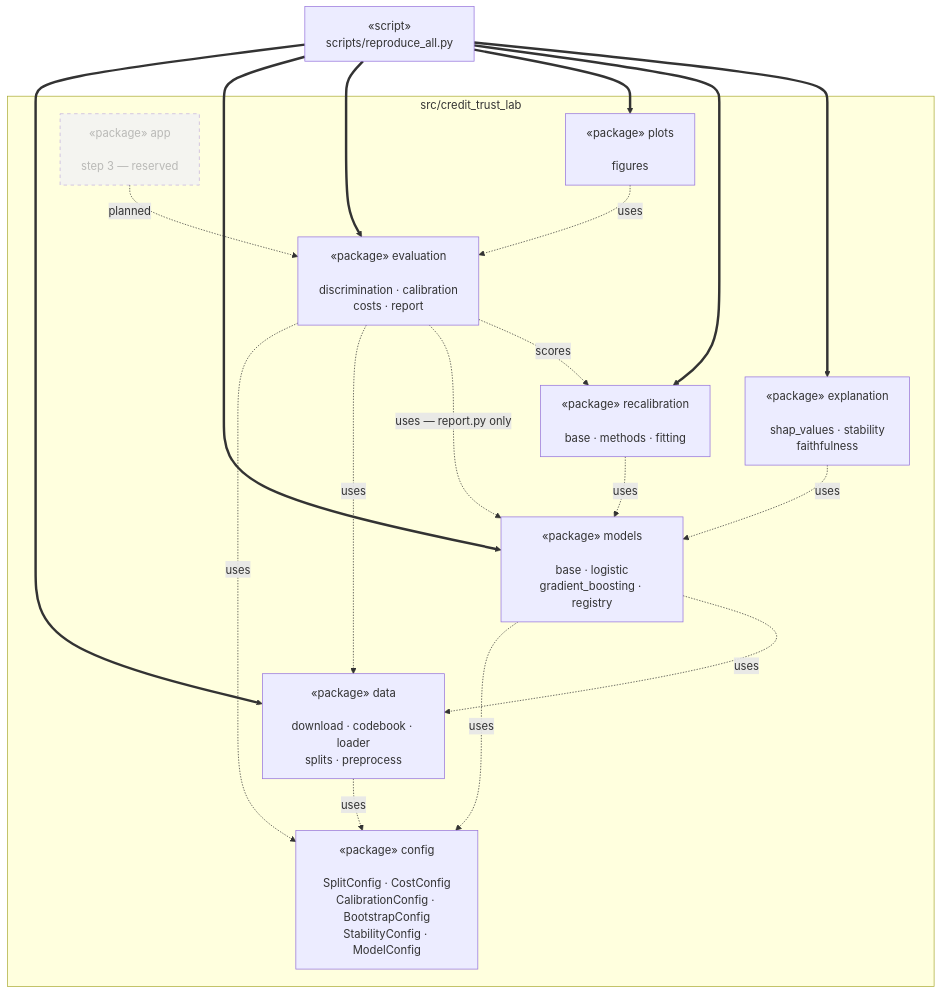
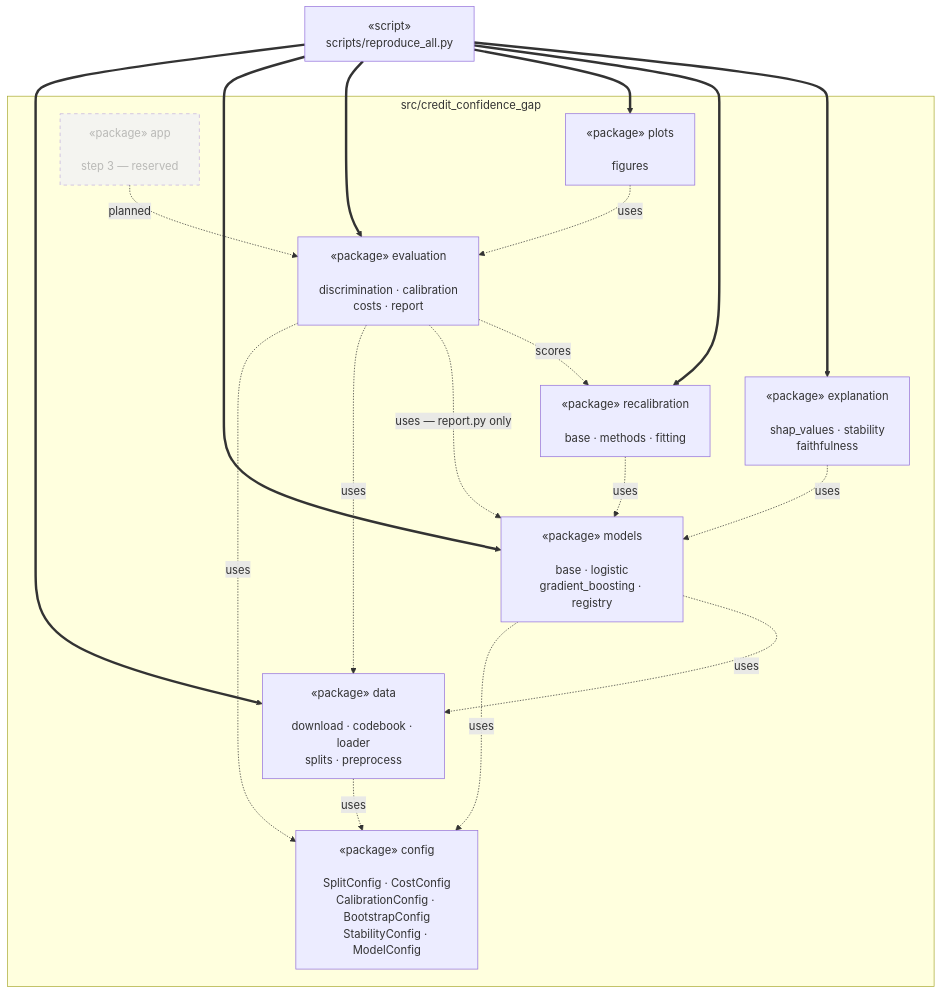
Before and after one commit to Jannes96/credit-confidence-gap: the first of 7 diagrams in docs/architecture.md, drawn with Mermaid. The commit also changed other lines of this file and 47 other files, not shown here.

First line of the commit message:
Rename package to credit_confidence_gap to match the repository

````diff
--- a/docs/architecture.md
+++ b/docs/architecture.md
@@ -27,38 +27,38 @@
 ```mermaid
 flowchart TB
     SCR["«script»<br/>scripts/reproduce_all.py"]
 
-    subgraph LIB["src/credit_trust_lab"]
+    subgraph LIB["src/credit_confidence_gap"]
         CFG["«package» config<br/><br/>SplitConfig · CostConfig<br/>CalibrationConfig · BootstrapConfig<br/>StabilityConfig · ModelConfig"]
         DATA["«package» data<br/><br/>download · codebook · loader<br/>splits · preprocess"]
         MOD["«package» models<br/><br/>base · logistic<br/>gradient_boosting · registry"]
         EVAL["«package» evaluation<br/><br/>discrimination · calibration<br/>costs · report"]
         REC["«package» recalibration<br/><br/>base · methods · fitting"]
         PLT["«package» plots<br/><br/>figures"]
         EXP["«package» explanation<br/><br/>shap_values · stability<br/>faithfulness"]
         APP["«package» app<br/><br/>step 3 — reserved"]
     end
 
     DATA -.->|uses| CFG
     MOD -.->|uses| CFG
     MOD -.->|uses| DATA
     EVAL -.->|uses| CFG
     EVAL -.->|uses| DATA
     EVAL -.->|uses — report.py only| MOD
     PLT -.->|uses| EVAL
 
     SCR ==> DATA
     SCR ==> MOD
     SCR ==> EVAL
     SCR ==> PLT
 
     EXP -.->|uses| MOD
     REC -.->|uses| MOD
     EVAL -.->|scores| REC
     SCR ==> REC
     SCR ==> EXP
     APP -.->|planned| EVAL
 
     classDef reserved stroke-dasharray:5 5,opacity:0.55
     class APP reserved
 ```
````
